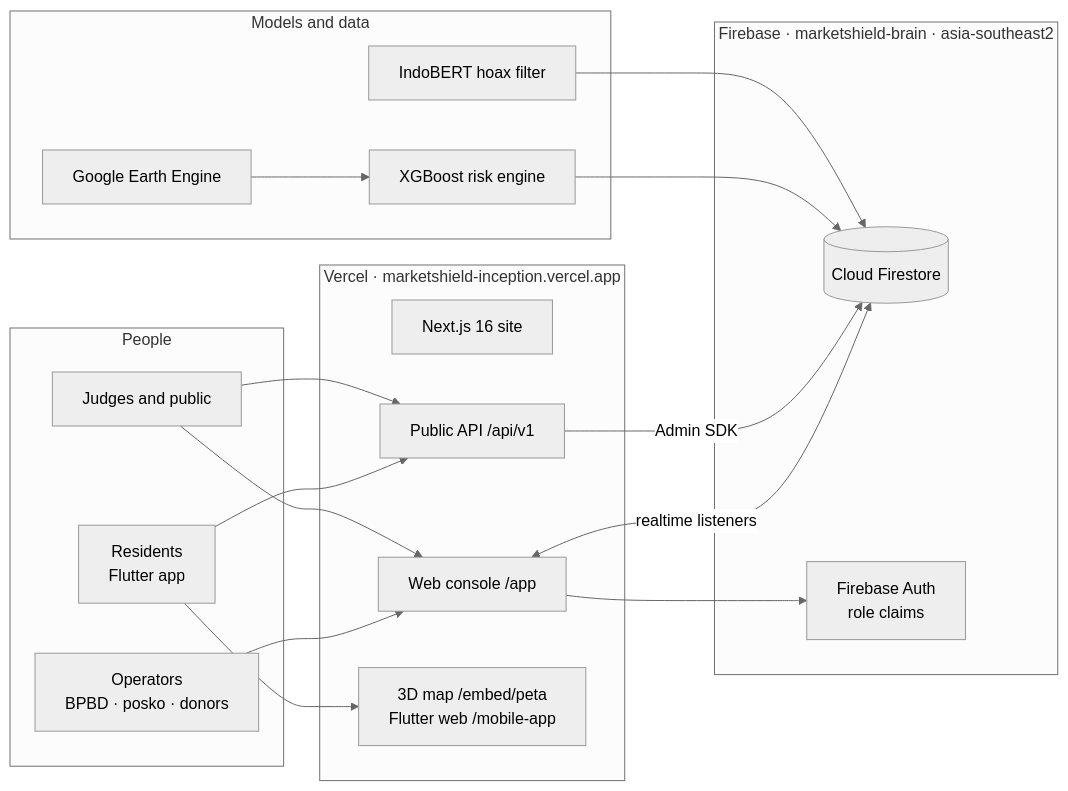
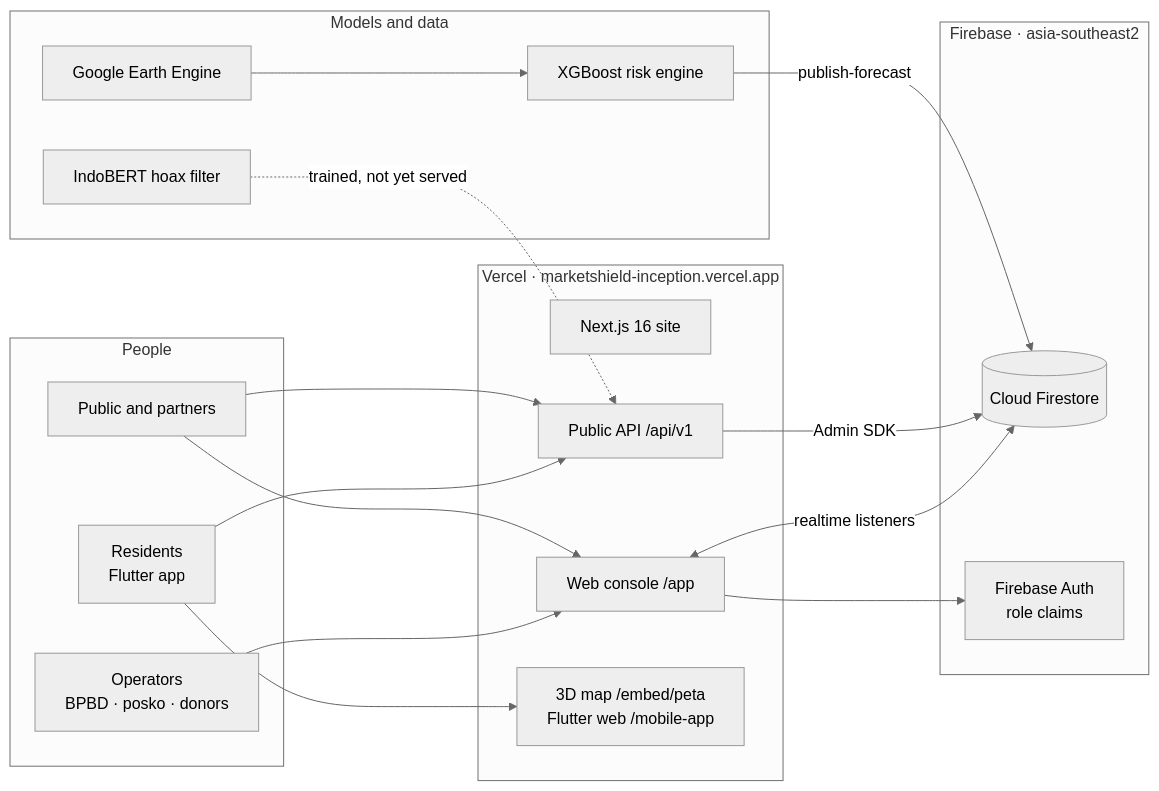
The diagram in README.md (aarieffawwaz/marketshield), drawn with Mermaid (neutral theme) before and after one commit. The commit also changed other lines of this file, not shown here.

Commit message:
docs(readme): architecture, stack, model results, data licences, API and repo tree

````diff
--- a/README.md
+++ b/README.md
@@ -225,33 +207,33 @@
 ```mermaid
 flowchart LR
   subgraph People
     R[Residents<br/>Flutter app]
     O[Operators<br/>BPBD · posko · donors]
-    J[Judges and public]
+    P[Public and partners]
   end
   subgraph Vercel["Vercel · marketshield-inception.vercel.app"]
     S[Next.js 16 site]
     C[Web console /app]
     A[Public API /api/v1]
     M[3D map /embed/peta<br/>Flutter web /mobile-app]
   end
-  subgraph Firebase["Firebase · marketshield-brain · asia-southeast2"]
+  subgraph Firebase["Firebase · asia-southeast2"]
     F[(Cloud Firestore)]
     U[Firebase Auth<br/>role claims]
   end
   subgraph Models["Models and data"]
     G[Google Earth Engine]
     X[XGBoost risk engine]
     B[IndoBERT hoax filter]
   end
   R --> A
   R --> M
   O --> C
-  J --> C
-  J --> A
+  P --> C
+  P --> A
   C <-->|realtime listeners| F
   C --> U
   A -->|Admin SDK| F
-  G --> X --> F
-  B --> F
+  G --> X -->|publish-forecast| F
+  B -.->|trained, not yet served| A
 ```
````
